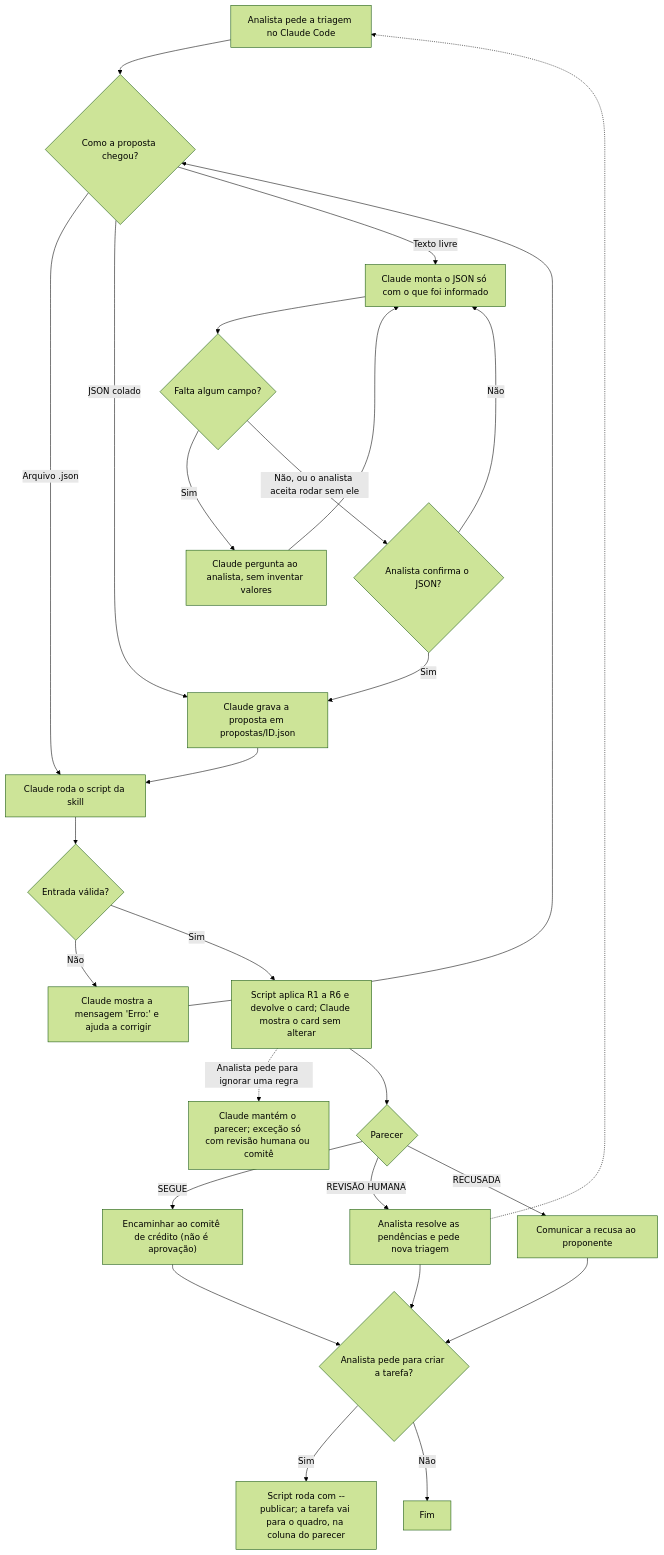
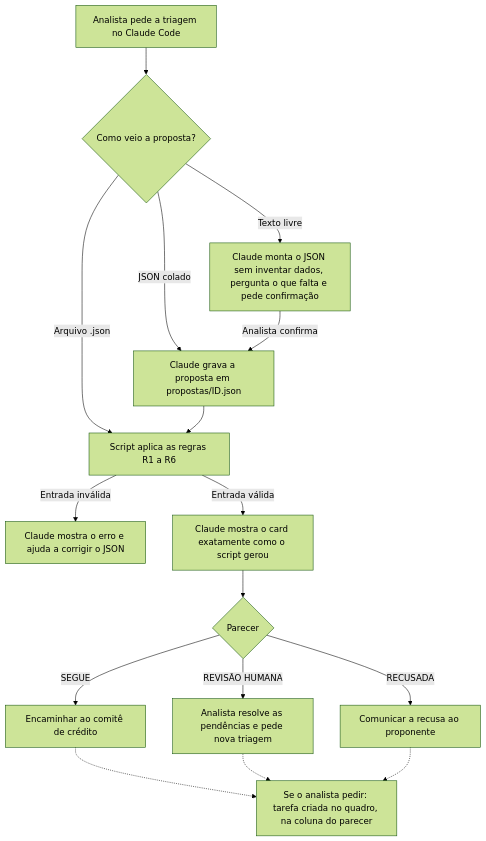
One commit to victorsampaio/agdev-triagem-proposta changed the diagram in README.md. Above: the diagram before and after it, drawn with Mermaid (forest theme). The commit also changed other lines of this file, not shown here.

Commit message:
docs: simplifica o fluxograma de uso

````diff
--- a/README.md
+++ b/README.md
@@ -59,29 +59,18 @@
 ```mermaid
 flowchart TD
-    A["Analista pede a triagem no Claude Code"] --> B{"Como a proposta chegou?"}
-    B -->|"Arquivo .json"| R["Claude roda o script da skill"]
+    A["Analista pede a triagem no Claude Code"] --> B{"Como veio a proposta?"}
+    B -->|"Arquivo .json"| R["Script aplica as regras R1 a R6"]
     B -->|"JSON colado"| G["Claude grava a proposta em propostas/ID.json"]
-    B -->|"Texto livre"| M["Claude monta o JSON só com o que foi informado"]
-    M --> F{"Falta algum campo?"}
-    F -->|"Sim"| P["Claude pergunta ao analista, sem inventar valores"]
-    P --> M
-    F -->|"Não, ou o analista aceita rodar sem ele"| C{"Analista confirma o JSON?"}
-    C -->|"Não"| M
-    C -->|"Sim"| G
+    B -->|"Texto livre"| M["Claude monta o JSON sem inventar dados, pergunta o que falta e pede confirmação"]
+    M -->|"Analista confirma"| G
     G --> R
-    R --> E{"Entrada válida?"}
-    E -->|"Não"| X["Claude mostra a mensagem 'Erro:' e ajuda a corrigir"]
-    X --> B
-    E -->|"Sim"| K["Script aplica R1 a R6 e devolve o card; Claude mostra o card sem alterar"]
-    K -.->|"Analista pede para ignorar uma regra"| I["Claude mantém o parecer; exceção só com revisão humana ou comitê"]
+    R -->|"Entrada inválida"| X["Claude mostra o erro e ajuda a corrigir o JSON"]
+    R -->|"Entrada válida"| K["Claude mostra o card exatamente como o script gerou"]
     K --> D{"Parecer"}
-    D -->|"SEGUE"| S["Encaminhar ao comitê de crédito (não é aprovação)"]
+    D -->|"SEGUE"| S["Encaminhar ao comitê de crédito"]
     D -->|"REVISÃO HUMANA"| H["Analista resolve as pendências e pede nova triagem"]
     D -->|"RECUSADA"| N["Comunicar a recusa ao proponente"]
-    H -.-> A
-    S --> T{"Analista pede para criar a tarefa?"}
-    H --> T
-    N --> T
-    T -->|"Sim"| Q["Script roda com --publicar; a tarefa vai para o quadro, na coluna do parecer"]
-    T -->|"Não"| Z["Fim"]
+    S -.-> Q["Se o analista pedir: tarefa criada no quadro, na coluna do parecer"]
+    H -.-> Q
+    N -.-> Q
 ```
````
